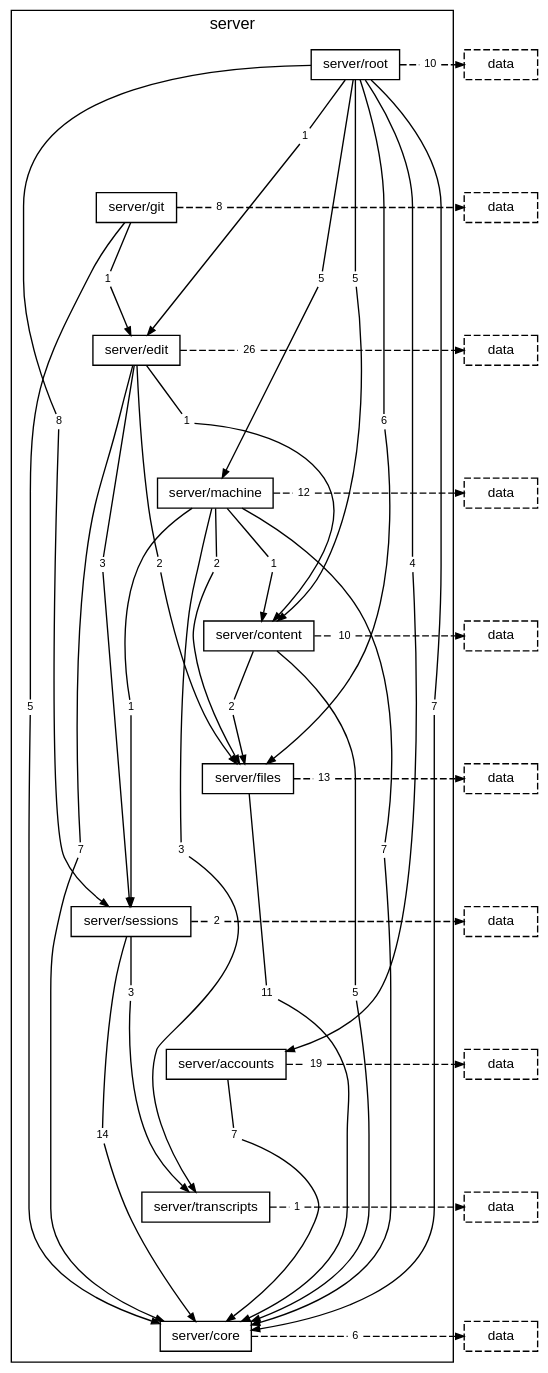
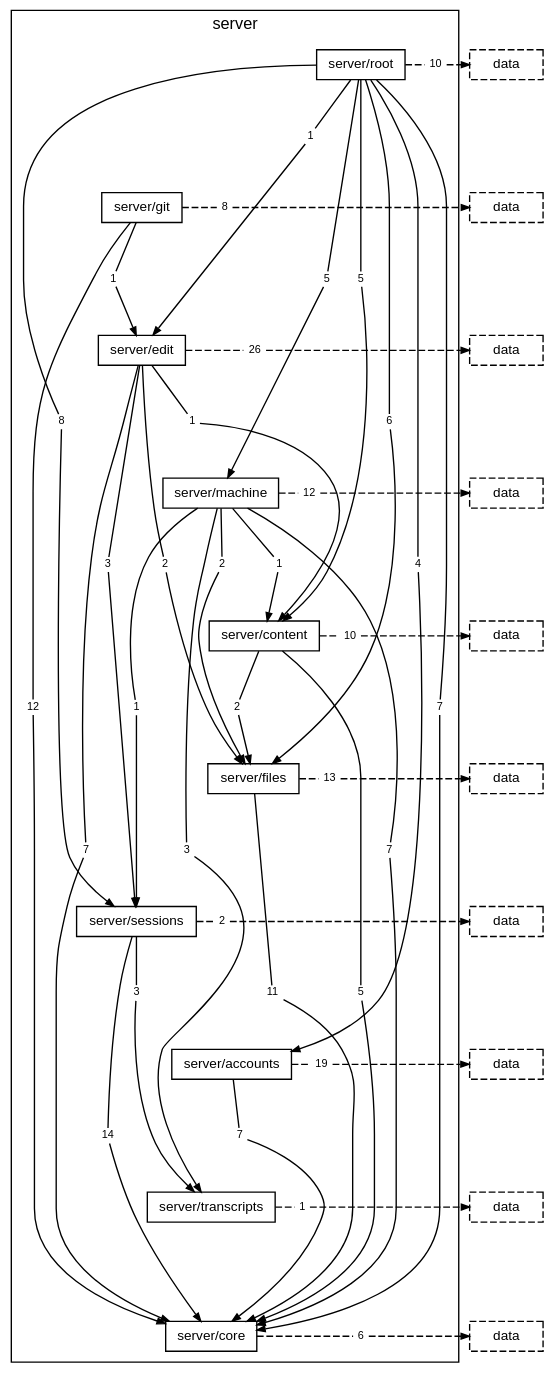
The diagram in docs/diagrams/layer-server.dot (TheAxeC/oculus), drawn with Graphviz before and after one commit. The commit also changed 156 other files, not shown here.

```diff
--- a/docs/diagrams/layer-server.dot
+++ b/docs/diagrams/layer-server.dot
@@ -22,7 +22,7 @@
         "folder server/root to folder server/machine" [label="5", shape=box, color="transparent", fontsize=8, width=0, height=0, margin="0.04,0.02"];
         "folder server/root to folder server/sessions" [label="8", shape=box, color="transparent", fontsize=8, width=0, height=0, margin="0.04,0.02"];
         "folder server/root to layer data" [label="10", shape=box, color="transparent", fontsize=8, width=0, height=0, margin="0.04,0.02"];
-        "folder server/git to folder server/core" [label="5", shape=box, color="transparent", fontsize=8, width=0, height=0, margin="0.04,0.02"];
+        "folder server/git to folder server/core" [label="12", shape=box, color="transparent", fontsize=8, width=0, height=0, margin="0.04,0.02"];
         "folder server/git to folder server/edit" [label="1", shape=box, color="transparent", fontsize=8, width=0, height=0, margin="0.04,0.02"];
         "folder server/git to layer data" [label="8", shape=box, color="transparent", fontsize=8, width=0, height=0, margin="0.04,0.02"];
         "folder server/edit to folder server/content" [label="1", shape=box, color="transparent", fontsize=8, width=0, height=0, margin="0.04,0.02"];
```
